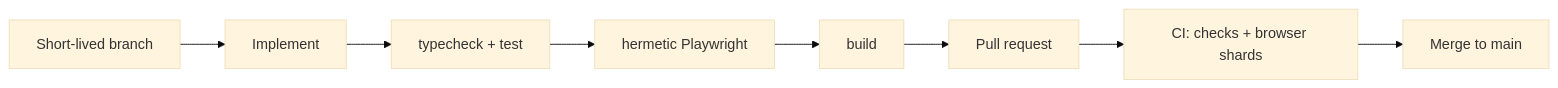
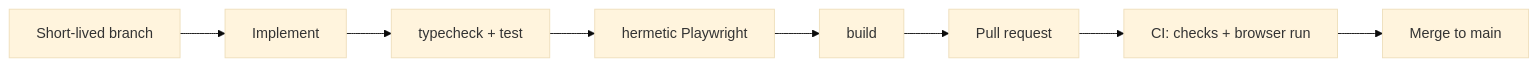
Before and after one commit to nhphuong2504/shuttle-scheduler: the diagram in AGENTS.md, drawn with Mermaid (base theme). The commit also changed other lines of this file and 7 other files, not shown here.

````diff
--- a/AGENTS.md
+++ b/AGENTS.md
@@ -70,10 +70,10 @@
 ```mermaid
 flowchart LR
   branch["Short-lived branch"] --> dev[Implement]
   dev --> gate1["typecheck + test"]
   gate1 --> gate2["hermetic Playwright"]
   gate2 --> final["build"]
   final --> pr["Pull request"]
-  pr --> ci["CI: checks + browser shards"]
+  pr --> ci["CI: checks + browser run"]
   ci --> merge["Merge to main"]
 ```
````
